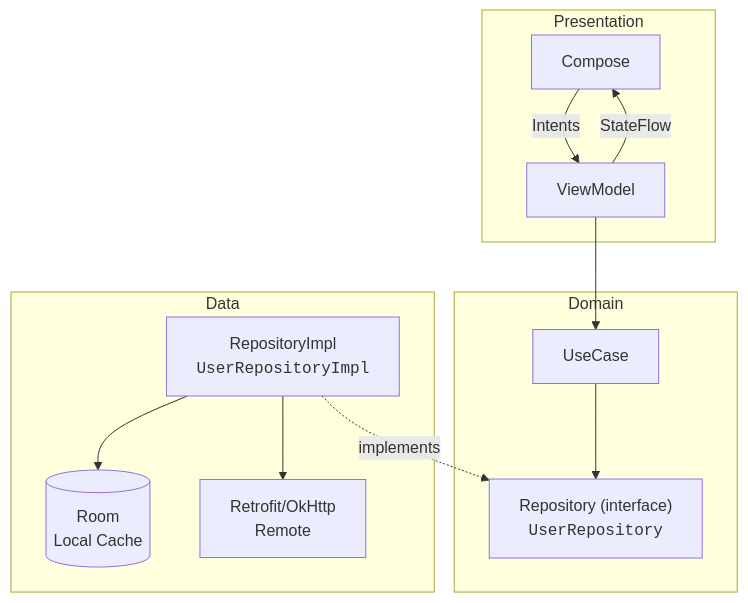
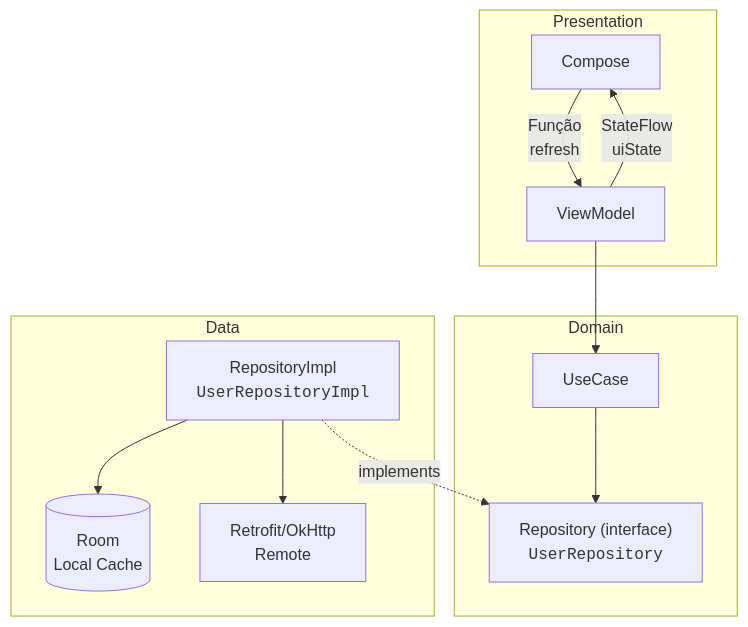
One commit to sabinabernardes/Desafio1 changed the diagram in README.md. Above: the diagram before and after it, drawn with Mermaid.

Commit message:
Update flowchart labels in README.md

````diff
--- a/README.md
+++ b/README.md
@@ -66,25 +66,25 @@
 ```mermaid
 flowchart TD
 
   subgraph P["Presentation"]
-    UI[Compose] -->|Intents| VM[ViewModel]
-    VM -->|StateFlow<UiState>| UI
+    UI[Compose] -->|Função<br/>refresh| VM[ViewModel]
+    VM -->|StateFlow<br/>uiState| UI
   end
 
   subgraph D["Domain"]
     UC[UseCase]
     IRepo["Repository (interface)<br/><code>UserRepository</code>"]
     UC --> IRepo
   end
 
   subgraph DA["Data"]
     RepoImpl["RepositoryImpl<br/><code>UserRepositoryImpl</code>"]
     ROOM[(Room<br/>Local Cache)]
     RETRO[Retrofit/OkHttp<br/>Remote]
     RepoImpl --> ROOM
     RepoImpl --> RETRO
   end
 
   VM --> UC
   RepoImpl -.->|implements| IRepo
 ```
````
